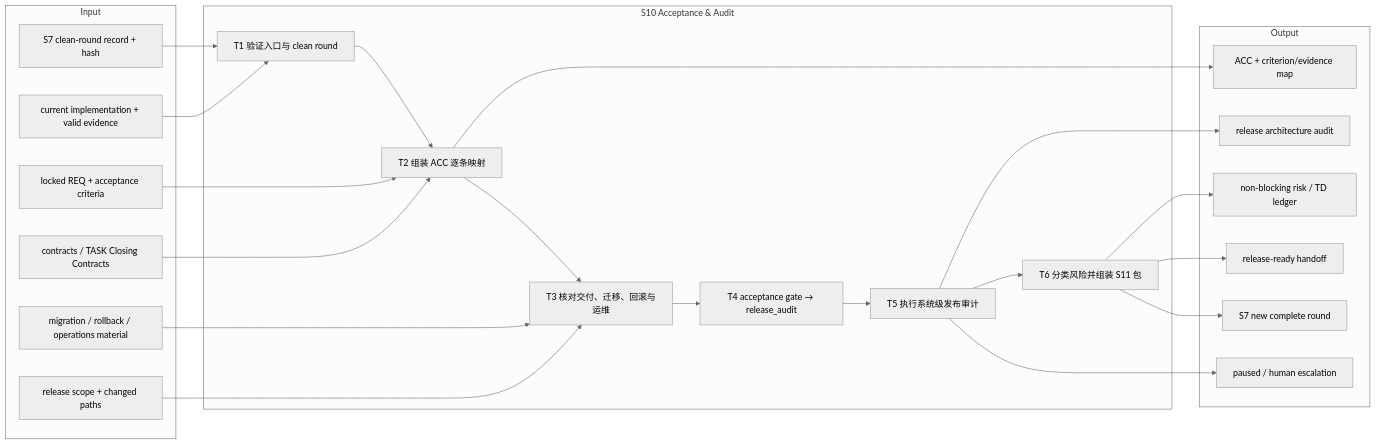
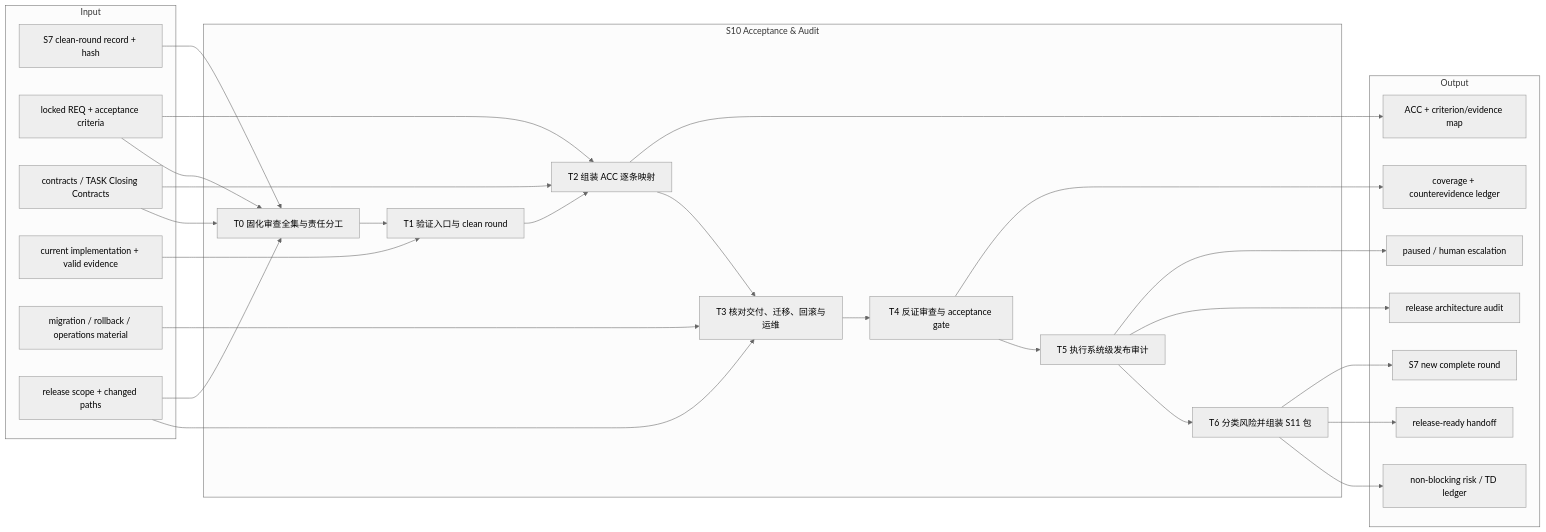
Before and after one commit to Sebs-Lee/go-system-builder: the first of 2 diagrams in blueprint/L3-S10-acceptance-audit.md, drawn with Mermaid (neutral theme). The commit also changed other lines of this file and 98 other files, not shown here.

````diff
--- a/blueprint/L3-S10-acceptance-audit.md
+++ b/blueprint/L3-S10-acceptance-audit.md
@@ -31,41 +77,47 @@
 ```mermaid
 flowchart LR
     subgraph INPUT["Input"]
         I1["S7 clean-round record + hash"]
         I2["locked REQ + acceptance criteria"]
         I3["contracts / TASK Closing Contracts"]
         I4["current implementation + valid evidence"]
         I5["migration / rollback / operations material"]
         I6["release scope + changed paths"]
     end
 
     subgraph S10["S10 Acceptance & Audit"]
-        T1["T1 验证入口与 clean round"] --> T2["T2 组装 ACC 逐条映射"]
+        T0["T0 固化审查全集与责任分工"] --> T1["T1 验证入口与 clean round"]
+        T1 --> T2["T2 组装 ACC 逐条映射"]
         T2 --> T3["T3 核对交付、迁移、回滚与运维"]
-        T3 --> T4["T4 acceptance gate → release_audit"]
+        T3 --> T4["T4 反证审查与 acceptance gate"]
         T4 --> T5["T5 执行系统级发布审计"]
         T5 --> T6["T6 分类风险并组装 S11 包"]
     end
 
     subgraph OUTPUT["Output"]
         O1["ACC + criterion/evidence map"]
         O2["release architecture audit"]
         O3["non-blocking risk / TD ledger"]
         O4["release-ready handoff"]
         O5["S7 new complete round"]
         O6["paused / human escalation"]
+        O7["coverage + counterevidence ledger"]
     end
 
-    I1 --> T1
+    I1 --> T0
+    I2 --> T0
+    I3 --> T0
+    I4 --> T1
     I2 --> T2
     I3 --> T2
-    I4 --> T1
     I5 --> T3
     I6 --> T3
+    I6 --> T0
     T2 --> O1
+    T4 --> O7
     T5 --> O2
     T6 --> O3
     T6 --> O4
     T6 --> O5
     T5 --> O6
 ```
````
